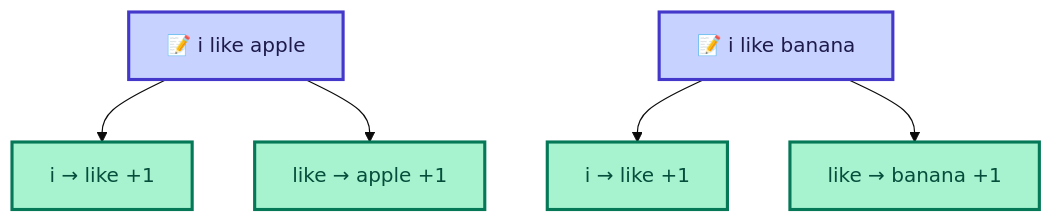
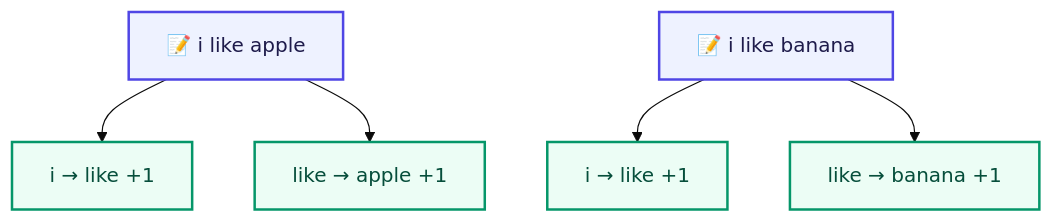
One commit to bhNibir/build-own-llm changed the diagram in content/docs/part-02-bigram/02-count-model.mdx. Above: the diagram before and after it, drawn with Mermaid (base theme). The commit also changed 18 other files, not shown here.

First line of the commit message:
Revise color palettes and styles for improved diagram clarity

````diff
--- a/content/docs/part-02-bigram/02-count-model.mdx
+++ b/content/docs/part-02-bigram/02-count-model.mdx
@@ -14,9 +14,9 @@
 ```mermaid
 flowchart TD
     A["📝 i like apple"]:::input --> B["i → like +1"]:::process
     A --> C["like → apple +1"]:::process
     D["📝 i like banana"]:::input --> E["i → like +1"]:::process
     D --> F["like → banana +1"]:::process
-    classDef input fill:#C7D2FE,color:#1E1B4B,stroke:#4338CA,stroke-width:2.5px
-    classDef process fill:#A7F3D0,color:#064E3B,stroke:#047857,stroke-width:2.5px
+    classDef input fill:#EEF2FF,color:#1E1B4B,stroke:#4F46E5,stroke-width:2px
+    classDef process fill:#ECFDF5,color:#064E3B,stroke:#059669,stroke-width:2px
 ```
````
